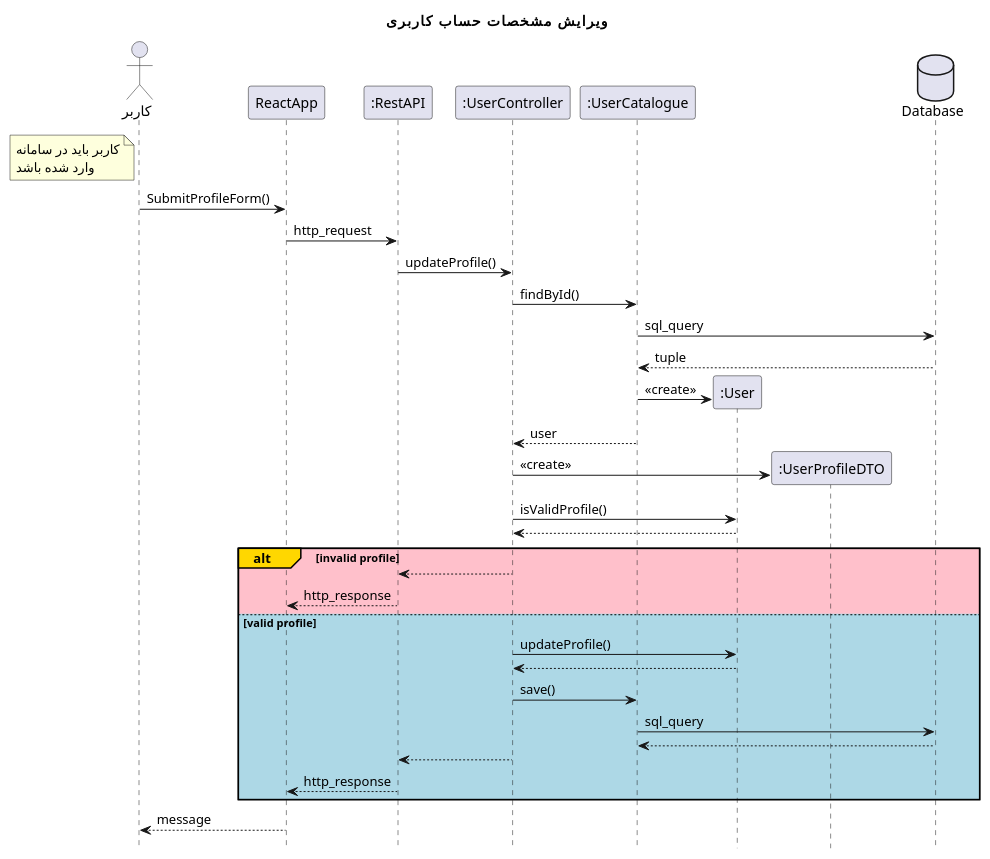
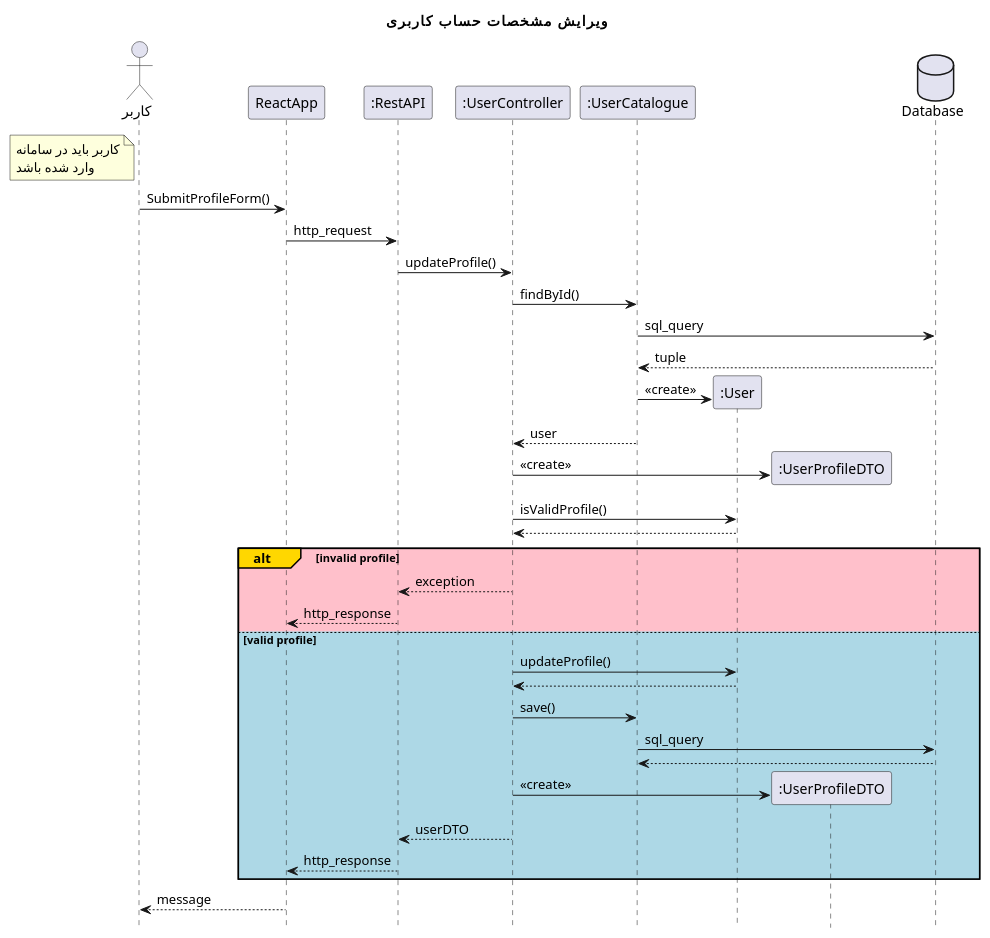
Before and after one commit to Khedmatkar-OOD-spring-2022/Model-and-Documents: the diagram in design sequence diagams/updateProfile.plantuml, drawn with PlantUML. The commit also changed 20 other files, not shown here.

```diff
--- a/design sequence diagams/updateProfile.plantuml
+++ b/design sequence diagams/updateProfile.plantuml
@@ -1,47 +1,48 @@
 @startuml updateProfile
 hide footbox
 title "ویرایش مشخصات حساب کاربری"
 actor       کاربر as user
 participant ReactApp
 participant ":RestAPI" as RestAPI
 participant ":UserController" as UserController
 participant ":UserCatalogue" as UserCatalogue
 participant ":User" as User
 participant ":UserProfileDTO" as UserProfileDTO
 database Database
 note left of user
     کاربر باید در سامانه
     وارد شده باشد
 end note
 
 user -> ReactApp: SubmitProfileForm()
 ReactApp -> RestAPI: http_request
 RestAPI -> UserController : updateProfile()
 UserController -> UserCatalogue: findById()
 UserCatalogue -> Database: sql_query
 return tuple
 UserCatalogue -> User **: <<create>>
 UserCatalogue --> UserController: user
 
 UserController -> UserProfileDTO **: <<create>>
 UserController -> User: isValidProfile()
 return
 
 alt#Gold #Pink invalid profile
 
-    UserController --> RestAPI
+    UserController --> RestAPI: exception
     RestAPI --> ReactApp: http_response
 
 else #LightBlue valid profile
 
     UserController -> User: updateProfile()
     return
     UserController -> UserCatalogue: save()
     UserCatalogue -> Database: sql_query
     return
-    UserController --> RestAPI
+    UserController -> UserProfileDTO **: <<create>>
+    UserController --> RestAPI: userDTO
     RestAPI --> ReactApp: http_response
 end
 
 ReactApp --> user: message
 @enduml
```
